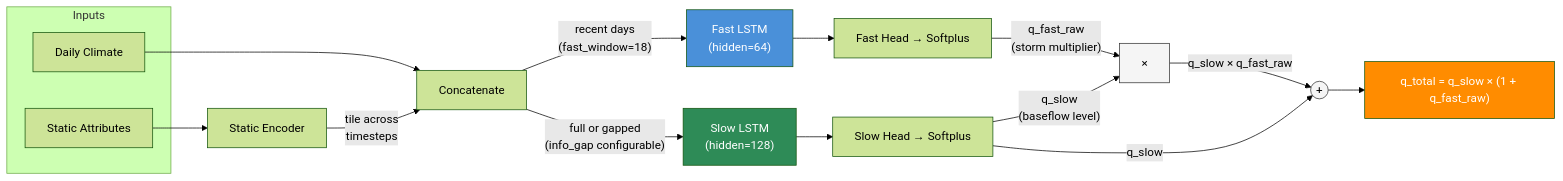
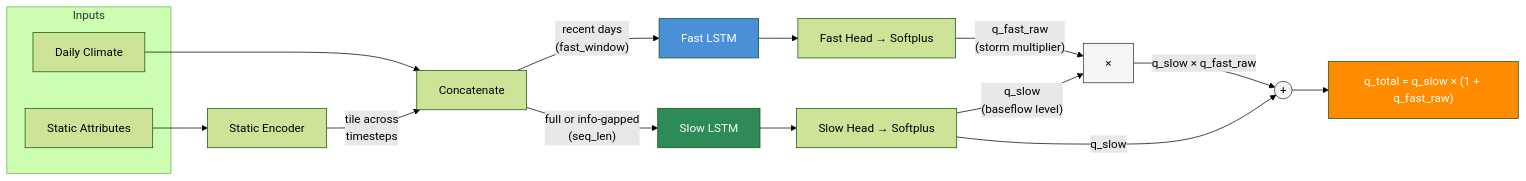
One commit to wyattarnold/neuralhyd-ca changed the first of 3 diagrams in README.md. Above: the diagram before and after it, drawn with Mermaid (forest theme). The commit also changed other lines of this file and 593 other files, not shown here.

````diff
--- a/README.md
+++ b/README.md
@@ -75,31 +105,31 @@
 ```mermaid
 graph LR
     subgraph Inputs
         D["Daily Climate"]
         S["Static Attributes"]
     end
 
     S --> SE["Static Encoder"]
 
     SE --> |"tile across<br/>timesteps"| CAT["Concatenate"]
     D --> CAT
 
-    CAT --> |"recent days<br/>(fast_window=18)"| FAST["Fast LSTM<br/>(hidden=64)"]
-    CAT --> |"full or gapped<br/>(info_gap configurable)"| SLOW["Slow LSTM<br/>(hidden=128)"]
+    CAT --> |"recent days<br/>(fast_window)"| FAST["Fast LSTM"]
+    CAT --> |"full or info-gapped<br/>(seq_len)"| SLOW["Slow LSTM"]
 
     FAST --> FH["Fast Head → Softplus"]
     SLOW --> SLH["Slow Head → Softplus"]
 
     FH --> |"q_fast_raw<br/>(storm multiplier)"| MUL["×"]
     SLH --> |"q_slow<br/>(baseflow level)"| MUL
     SLH --> |"q_slow"| SUM(("+"))
     MUL --> |"q_slow × q_fast_raw"| SUM
 
     SUM --> Q["q_total = q_slow × (1 + q_fast_raw)"]
 
     style FAST fill:#4a90d9,color:#fff
     style SLOW fill:#2e8b57,color:#fff
     style MUL fill:#f5f5f5,stroke:#333
     style SUM fill:#f5f5f5,stroke:#333
     style Q fill:#ff8c00,color:#fff
 ```
````
